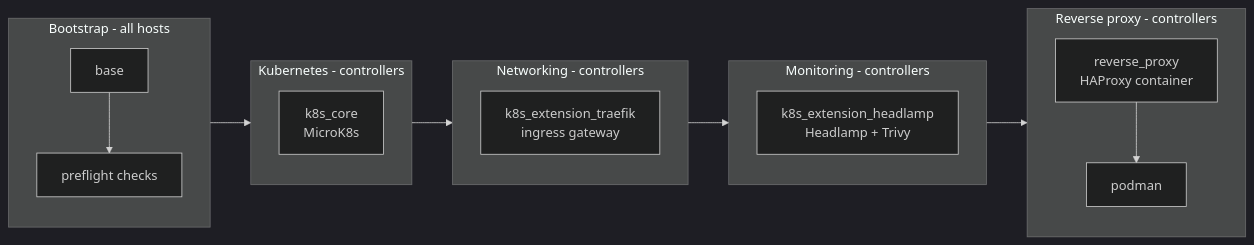
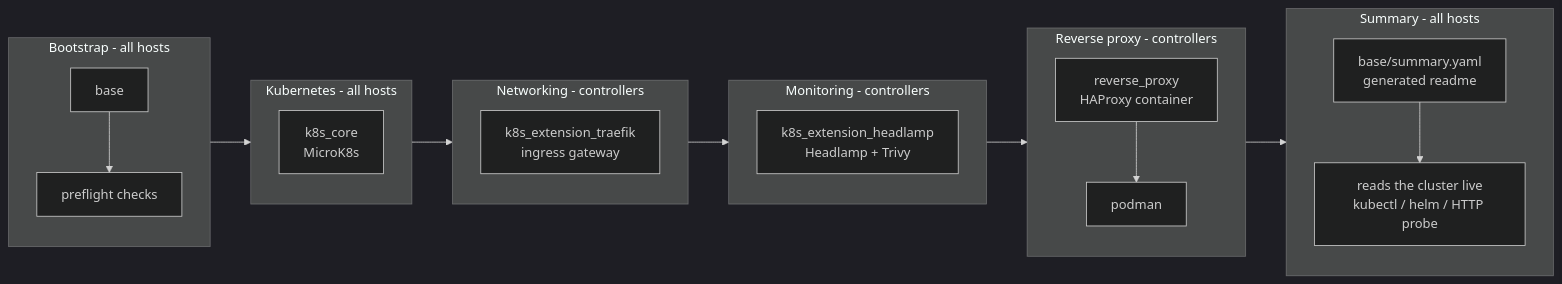
The first of 6 diagrams in docs/architecture.md (this-oliver/homelab), drawn with Mermaid (dark theme) before and after one commit. The commit also changed other lines of this file and 10 other files, not shown here.

Commit message:
feat: adds homelab summary to inventory hosts

````diff
--- a/docs/architecture.md
+++ b/docs/architecture.md
@@ -17,28 +17,34 @@
 ```mermaid
 flowchart LR
     subgraph P1[Bootstrap - all hosts]
         base[base]
         preflight[preflight checks]
         base --> preflight
     end
 
-    subgraph P2[Kubernetes - controllers]
+    subgraph P2[Kubernetes - all hosts]
         core[k8s_core<br/>MicroK8s]
     end
 
     subgraph P3[Networking - controllers]
         traefik[k8s_extension_traefik<br/>ingress gateway]
     end
 
     subgraph P4[Monitoring - controllers]
         headlamp[k8s_extension_headlamp<br/>Headlamp + Trivy]
     end
 
     subgraph P5[Reverse proxy - controllers]
         haproxy[reverse_proxy<br/>HAProxy container]
         podman[podman]
         haproxy --> podman
     end
 
-    P1 --> P2 --> P3 --> P4 --> P5
+    subgraph P6[Summary - all hosts]
+        summary[base/summary.yaml<br/>generated readme]
+        query[reads the cluster live<br/>kubectl / helm / HTTP probe]
+        summary --> query
+    end
+
+    P1 --> P2 --> P3 --> P4 --> P5 --> P6
 ```
````
